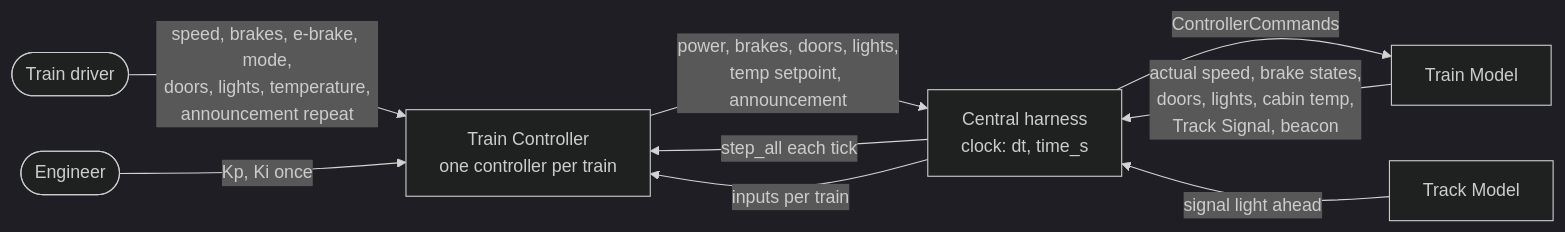
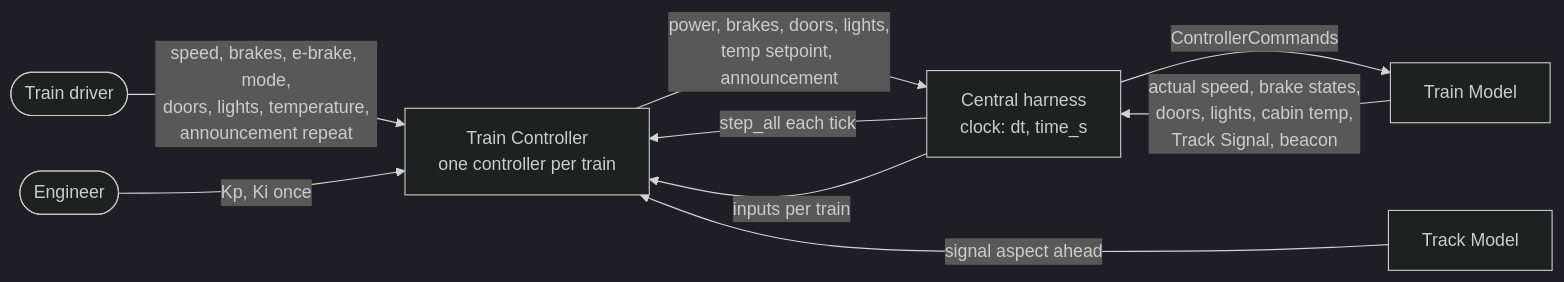
Before and after one commit to Landiss04/Track-Overflow: the first of 11 diagrams in documents/Railway_Sim_SDD_Train_Controller.md, drawn with Mermaid (dark theme). The commit also changed other lines of this file, not shown here.

````diff
--- a/documents/Railway_Sim_SDD_Train_Controller.md
+++ b/documents/Railway_Sim_SDD_Train_Controller.md
@@ -237,12 +237,12 @@
   ```mermaid
   flowchart LR
     Driver([Train driver]) -->|speed, brakes, e-brake, mode,<br/>doors, lights, temperature,<br/>announcement repeat| TC[Train Controller<br/>one controller per train]
     Engineer([Engineer]) -->|Kp, Ki once| TC
     TC -->|power, brakes, doors, lights,<br/>temp setpoint, announcement| H[Central harness<br/>clock: dt, time_s]
     H -->|step_all each tick| TC
     H -->|inputs per train| TC
     H -->|ControllerCommands| TM[Train Model]
     TM -->|actual speed, brake states,<br/>doors, lights, cabin temp,<br/>Track Signal, beacon| H
     H ~~~ TK[Track Model]
-    TK -->|signal light ahead| H
+    TK -->|signal aspect ahead| TC
   ```
````
